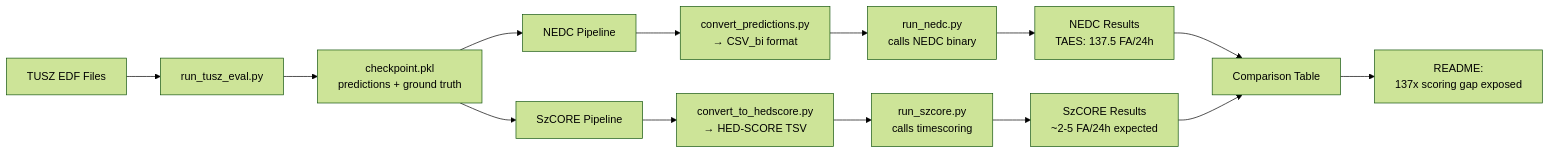
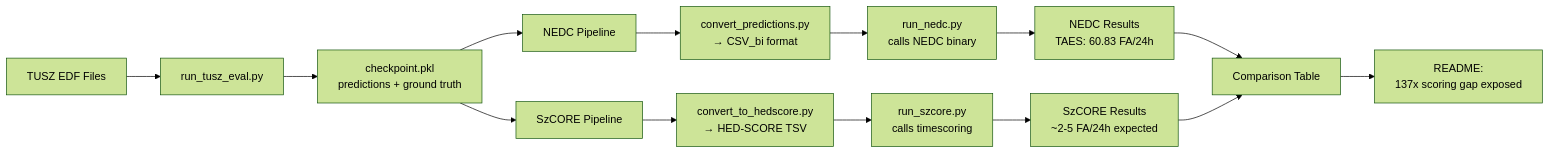
Before and after one commit to Clarity-Digital-Twin/SeizureTransformer: the diagram in SZCORE_INTEGRATION_PLAN.md, drawn with Mermaid (forest theme). The commit also changed other lines of this file and 12 other files, not shown here.

````diff
--- a/SZCORE_INTEGRATION_PLAN.md
+++ b/SZCORE_INTEGRATION_PLAN.md
@@ -47,20 +47,20 @@
 ```mermaid
 graph LR
     A[TUSZ EDF Files] --> B[run_tusz_eval.py]
     B --> C[checkpoint.pkl<br/>predictions + ground truth]
 
     C --> D[NEDC Pipeline]
     C --> E[SzCORE Pipeline]
 
     D --> D1[convert_predictions.py<br/>→ CSV_bi format]
     D1 --> D2[run_nedc.py<br/>calls NEDC binary]
-    D2 --> D3[NEDC Results<br/>TAES: 137.5 FA/24h]
+    D2 --> D3[NEDC Results<br/>TAES: 60.83 FA/24h]
 
     E --> E1[convert_to_hedscore.py<br/>→ HED-SCORE TSV]
     E1 --> E2[run_szcore.py<br/>calls timescoring]
     E2 --> E3[SzCORE Results<br/>~2-5 FA/24h expected]
 
     D3 --> F[Comparison Table]
     E3 --> F
     F --> G[README:<br/>137x scoring gap exposed]
 ```
````
